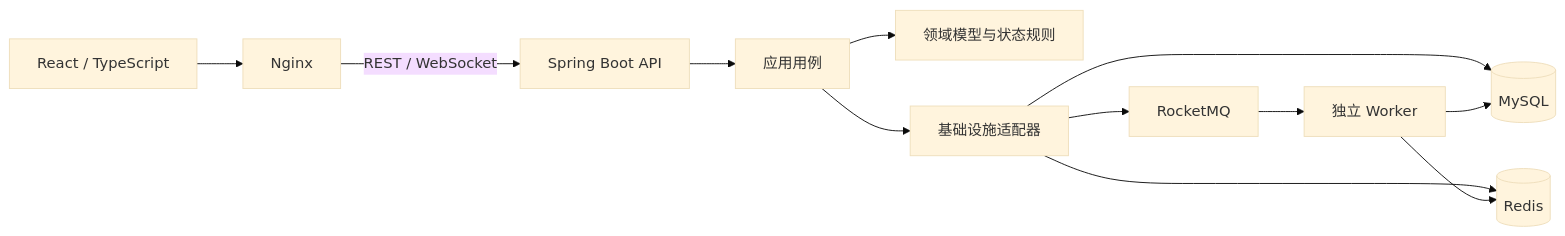
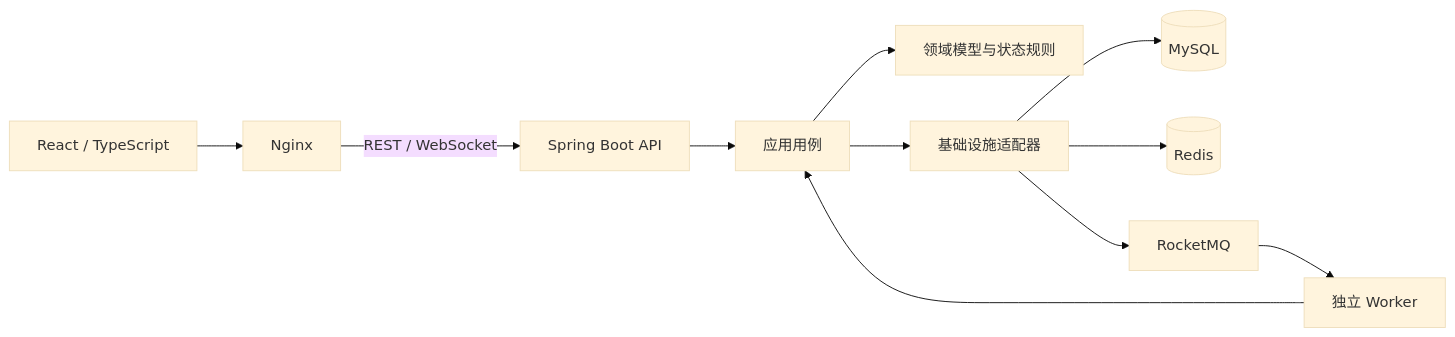
One commit to LittleSongxx/PeerGrab changed the diagram in README.md. Above: the diagram before and after it, drawn with Mermaid (base theme). The commit also changed other lines of this file, not shown here.

Commit message:
docs: highlight PeerGrab architecture decisions

````diff
--- a/README.md
+++ b/README.md
@@ -24,14 +24,13 @@
 ```mermaid
 flowchart LR
     U[React / TypeScript] --> N[Nginx]
     N -->|REST / WebSocket| P[Spring Boot API]
     P --> A[应用用例]
     A --> D[领域模型与状态规则]
     A --> I[基础设施适配器]
     I --> M[(MySQL)]
     I --> R[(Redis)]
     I --> Q[RocketMQ]
     Q --> W[独立 Worker]
-    W --> M
-    W --> R
+    W --> A
 ```
````
